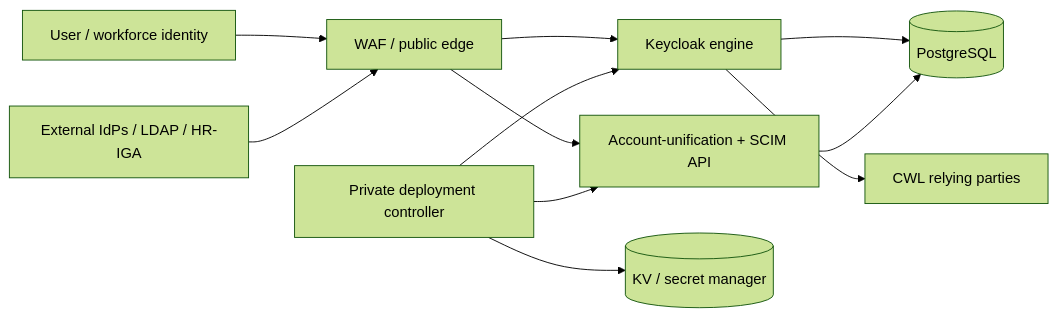
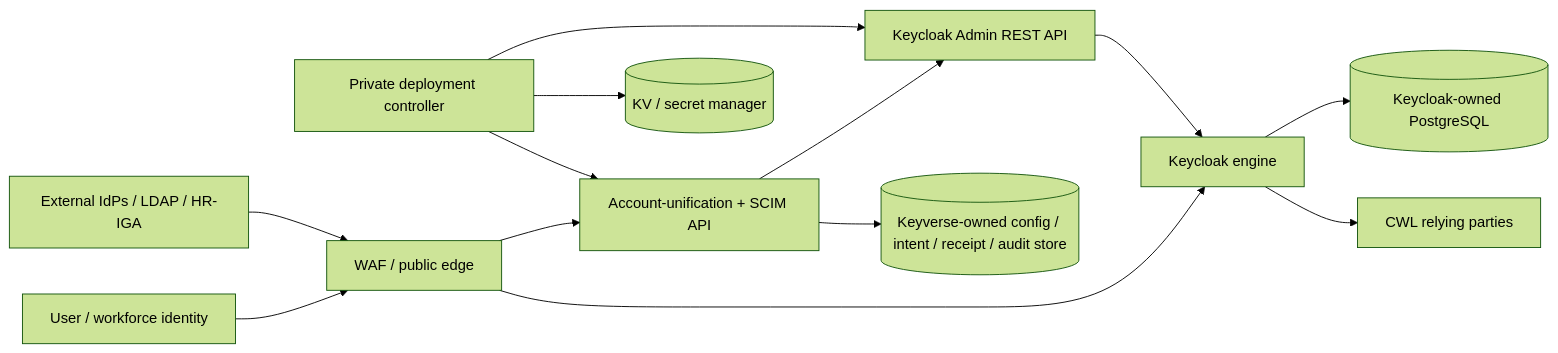
Before and after one commit to ContextualWisdomLab/keyverse: the first of 6 diagrams in docs/UML.md, drawn with Mermaid (forest theme). The commit also changed other lines of this file, not shown here.

Commit message:
docs: separate Keycloak and Keyverse storage authority

````diff
--- a/docs/UML.md
+++ b/docs/UML.md
@@ -8,23 +8,27 @@
 ```mermaid
 flowchart LR
     USER[User / workforce identity]
     EXT[External IdPs / LDAP / HR-IGA]
     EDGE[WAF / public edge]
     KC[Keycloak engine]
+    KCAPI[Keycloak Admin REST API]
     ADMIN[Account-unification + SCIM API]
     DEPLOY[Private deployment controller]
     KV[(KV / secret manager)]
-    PG[(PostgreSQL)]
+    KCDB[(Keycloak-owned PostgreSQL)]
+    KVS[(Keyverse-owned config / intent / receipt / audit store)]
     RP[CWL relying parties]
 
     USER --> EDGE
     EXT --> EDGE
     EDGE --> KC
     EDGE --> ADMIN
-    KC --> PG
-    ADMIN --> PG
+    KC --> KCDB
+    KCAPI --> KC
+    ADMIN --> KCAPI
+    ADMIN --> KVS
     DEPLOY --> KV
     DEPLOY --> ADMIN
-    DEPLOY --> KC
+    DEPLOY --> KCAPI
     KC --> RP
 ```
````
